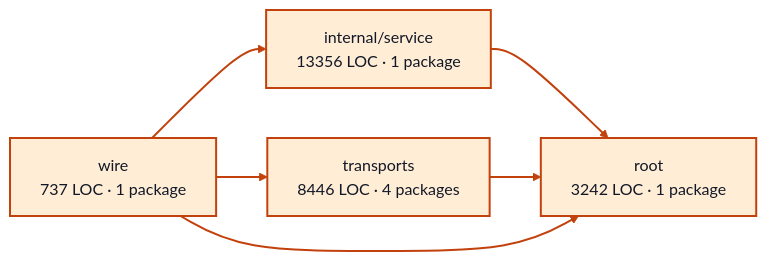
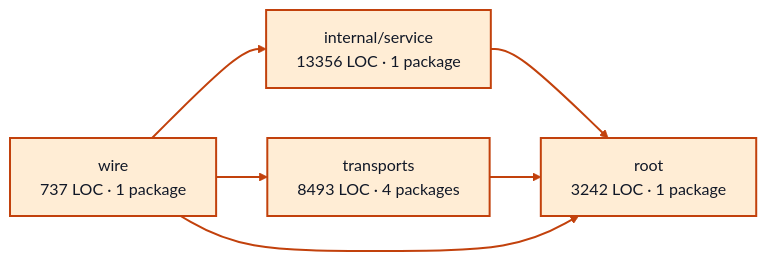
The diagram in docs/architecture/visualizations/services/worker_sessions.md (portpowered/you-agent-factory), drawn with Mermaid before and after one commit. The commit also changed other lines of this file and 20 other files, not shown here.

Commit message:
docs: refresh backend architecture visualizations

````diff
--- a/docs/architecture/visualizations/services/worker_sessions.md
+++ b/docs/architecture/visualizations/services/worker_sessions.md
@@ -11,17 +11,17 @@
 ```mermaid
 flowchart LR
   p0["internal/service<br/>13356 LOC · 1 package"]
   p1["root<br/>3242 LOC · 1 package"]
-  p2["transports<br/>8446 LOC · 4 packages"]
+  p2["transports<br/>8493 LOC · 4 packages"]
   p3["wire<br/>737 LOC · 1 package"]
   p0 --> p1
   p2 --> p1
   p3 --> p0
   p3 --> p1
   p3 --> p2
   style p0 fill:#ffedd5,stroke:#c2410c,stroke-width:2px,color:#111827
   style p1 fill:#ffedd5,stroke:#c2410c,stroke-width:2px,color:#111827
   style p2 fill:#ffedd5,stroke:#c2410c,stroke-width:2px,color:#111827
   style p3 fill:#ffedd5,stroke:#c2410c,stroke-width:2px,color:#111827
   linkStyle default stroke:#c2410c,stroke-width:2px
 ```
````
